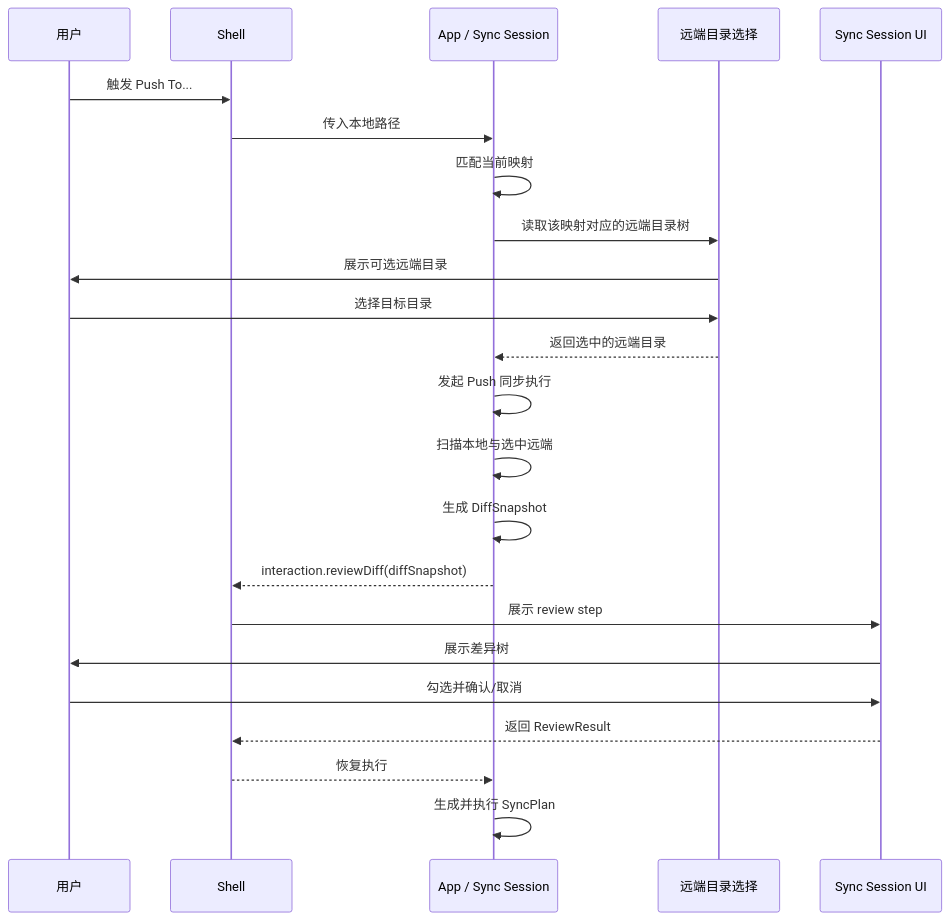
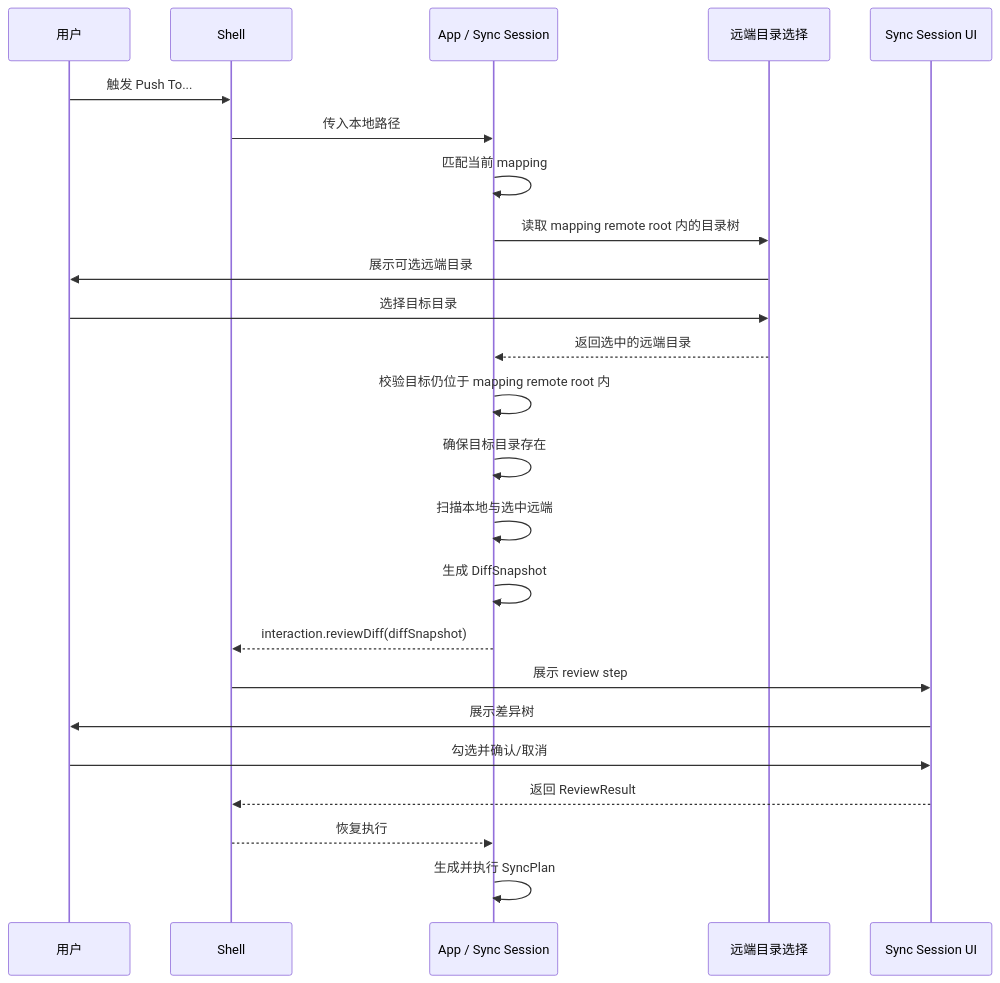
Before and after one commit to agalloch21/sync-with-rclone: the sixth of 15 diagrams in docs/Flows.md, drawn with Mermaid. The commit also changed other lines of this file and 10 other files, not shown here.

````diff
--- a/docs/Flows.md
+++ b/docs/Flows.md
@@ -143,26 +145,27 @@
 ```mermaid
 sequenceDiagram
   participant U as 用户
   participant S as Shell
   participant A as App / Sync Session
   participant T as 远端目录选择
   participant W as Sync Session UI
 
   U->>S: 触发 Push To...
   S->>A: 传入本地路径
-  A->>A: 匹配当前映射
-  A->>T: 读取该映射对应的远端目录树
+  A->>A: 匹配当前 mapping
+  A->>T: 读取 mapping remote root 内的目录树
   T->>U: 展示可选远端目录
   U->>T: 选择目标目录
   T-->>A: 返回选中的远端目录
-  A->>A: 发起 Push 同步执行
+  A->>A: 校验目标仍位于 mapping remote root 内
+  A->>A: 确保目标目录存在
   A->>A: 扫描本地与选中远端
   A->>A: 生成 DiffSnapshot
   A-->>S: interaction.reviewDiff(diffSnapshot)
   S->>W: 展示 review step
   W->>U: 展示差异树
   U->>W: 勾选并确认/取消
   W-->>S: 返回 ReviewResult
   S-->>A: 恢复执行
   A->>A: 生成并执行 SyncPlan
 ```
````
